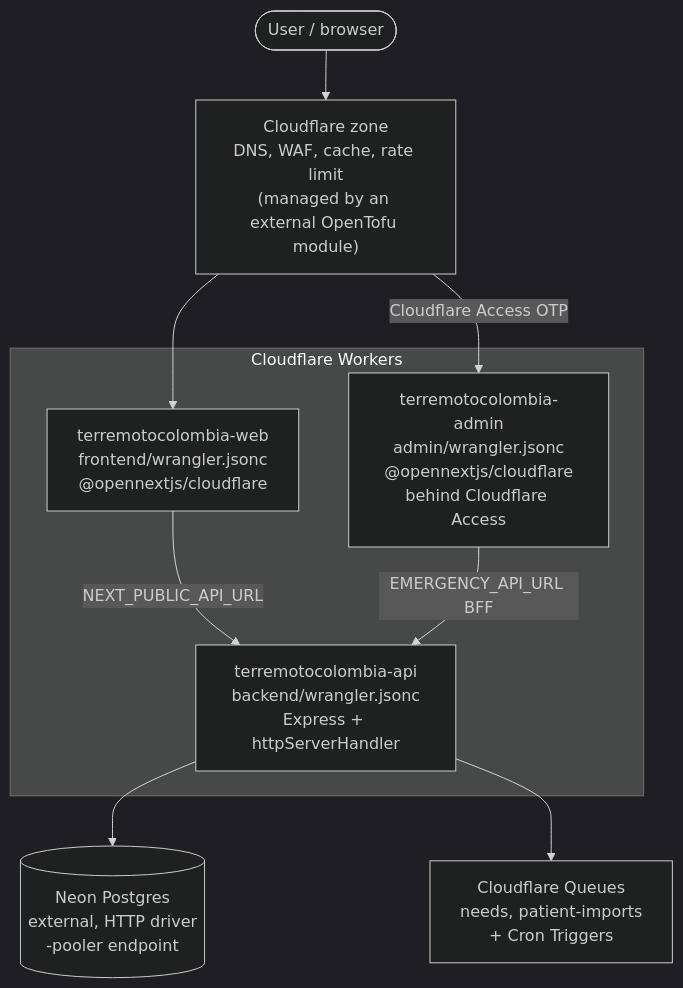
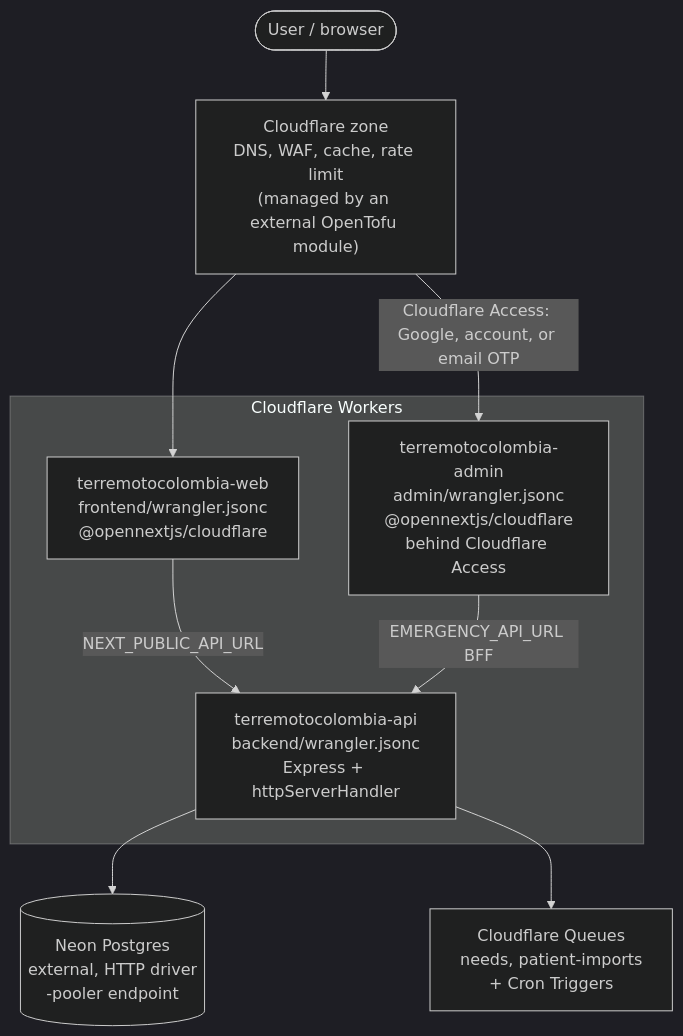
Before and after one commit to mallanet/Terremotocolombia: the fourth of 4 diagrams in docs/architecture.md, drawn with Mermaid (dark theme). The commit also changed other lines of this file and 8 other files, not shown here.

````diff
--- a/docs/architecture.md
+++ b/docs/architecture.md
@@ -523,22 +524,22 @@
 ```mermaid
 flowchart TB
     user(["User / browser"])
     cfzone["Cloudflare zone<br/>DNS, WAF, cache, rate limit<br/>(managed by an external OpenTofu module)"]
 
     subgraph workers["Cloudflare Workers"]
         webw["terremotocolombia-web<br/>frontend/wrangler.jsonc<br/>@opennextjs/cloudflare"]
         adminw["terremotocolombia-admin<br/>admin/wrangler.jsonc<br/>@opennextjs/cloudflare<br/>behind Cloudflare Access"]
         apiw["terremotocolombia-api<br/>backend/wrangler.jsonc<br/>Express + httpServerHandler"]
     end
 
     neon[("Neon Postgres<br/>external, HTTP driver<br/>-pooler endpoint")]
     queues["Cloudflare Queues<br/>needs, patient-imports<br/>+ Cron Triggers"]
 
     user --> cfzone
     cfzone --> webw
-    cfzone -->|Cloudflare Access OTP| adminw
+    cfzone -->|Cloudflare Access: Google, account, or email OTP| adminw
     webw -->|NEXT_PUBLIC_API_URL| apiw
     adminw -->|EMERGENCY_API_URL BFF| apiw
     apiw --> neon
     apiw --> queues
 ```
````
